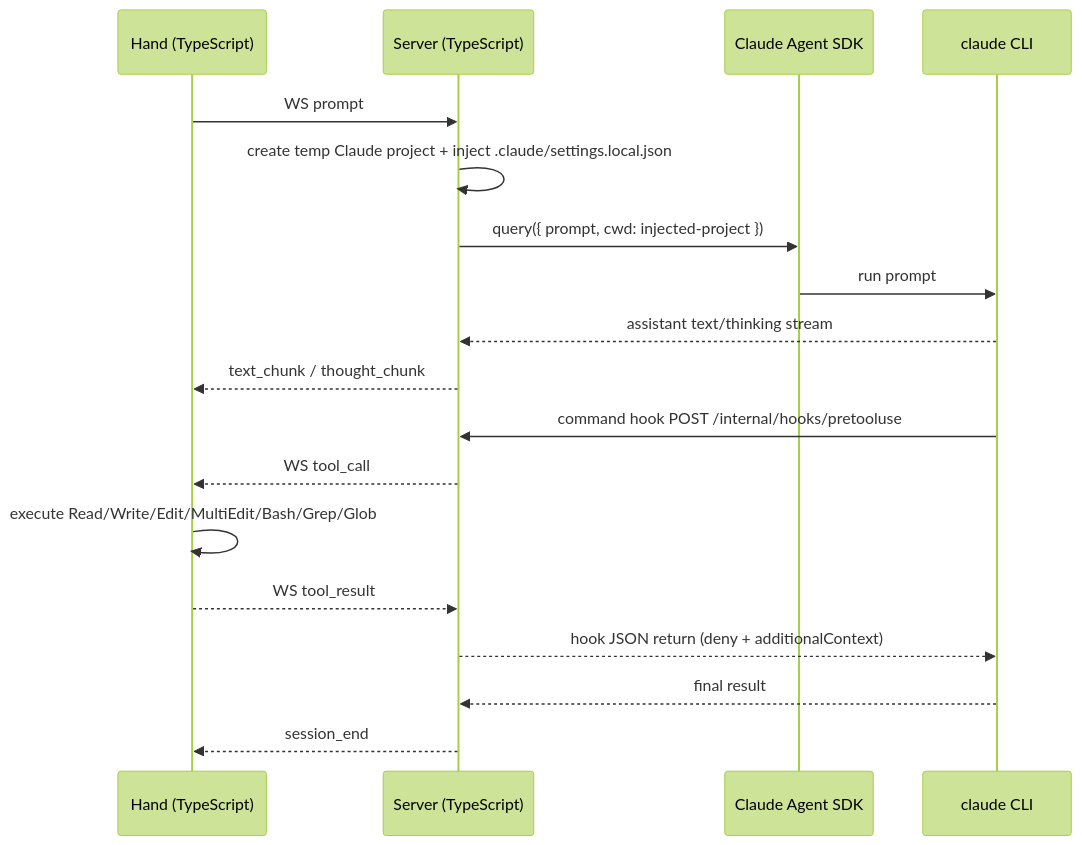
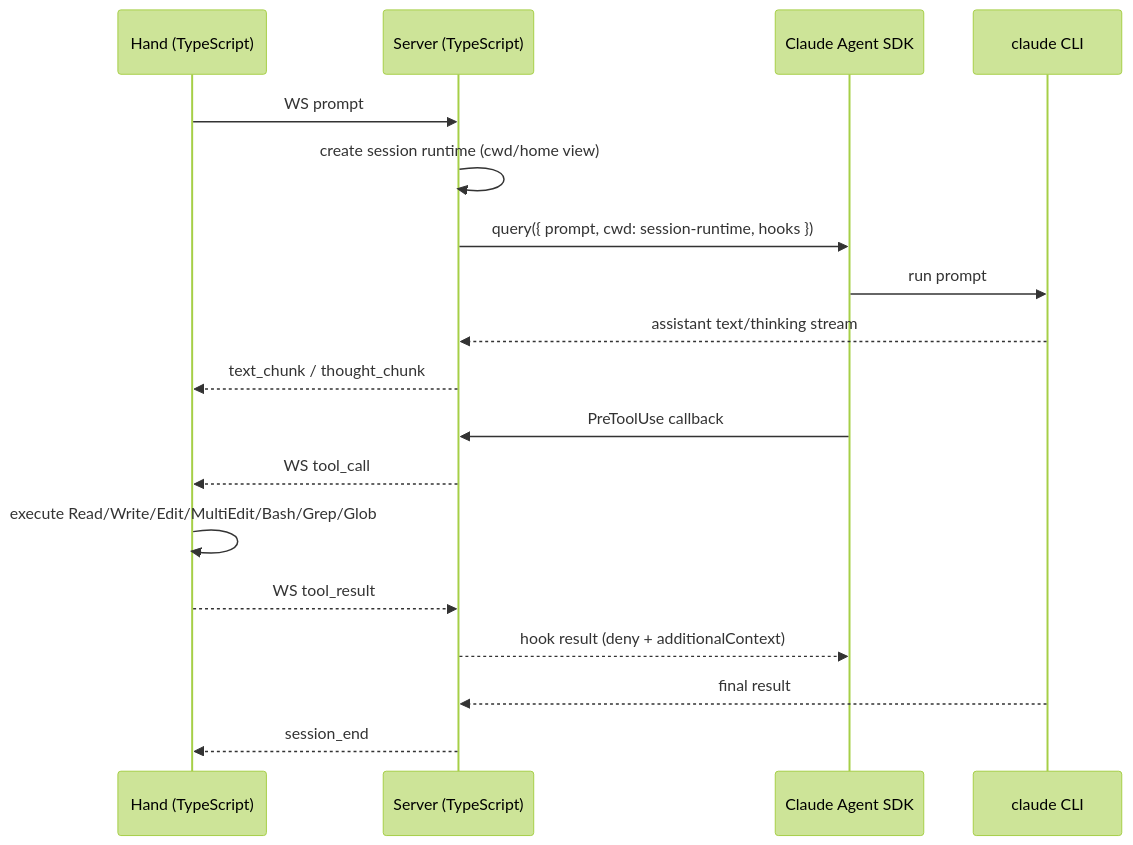
The second of 2 diagrams in README.md (n374/cerelay), drawn with Mermaid (forest theme) before and after one commit. The commit also changed other lines of this file and 22 other files, not shown here.

Commit message:
♻️ 工具和 MCP 执行迁移到 Session Runtime / Move tool and MCP execution to session runtimes

````diff
--- a/README.md
+++ b/README.md
@@ -38,21 +38,21 @@
 ```mermaid
 sequenceDiagram
     participant H as Hand (TypeScript)
     participant S as Server (TypeScript)
     participant SDK as Claude Agent SDK
     participant C as claude CLI
 
     H->>S: WS prompt
-    S->>S: create temp Claude project + inject .claude/settings.local.json
-    S->>SDK: query({ prompt, cwd: injected-project })
+    S->>S: create session runtime (cwd/home view)
+    S->>SDK: query({ prompt, cwd: session-runtime, hooks })
     SDK->>C: run prompt
     C-->>S: assistant text/thinking stream
     S-->>H: text_chunk / thought_chunk
-    C->>S: command hook POST /internal/hooks/pretooluse
+    SDK->>S: PreToolUse callback
     S-->>H: WS tool_call
     H->>H: execute Read/Write/Edit/MultiEdit/Bash/Grep/Glob
     H-->>S: WS tool_result
-    S-->>C: hook JSON return (deny + additionalContext)
+    S-->>SDK: hook result (deny + additionalContext)
     C-->>S: final result
     S-->>H: session_end
 ```
````
